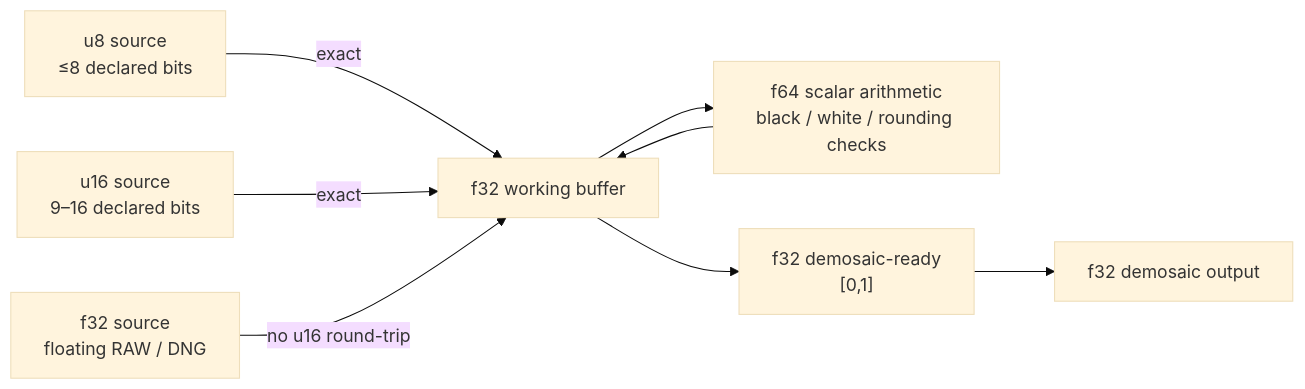
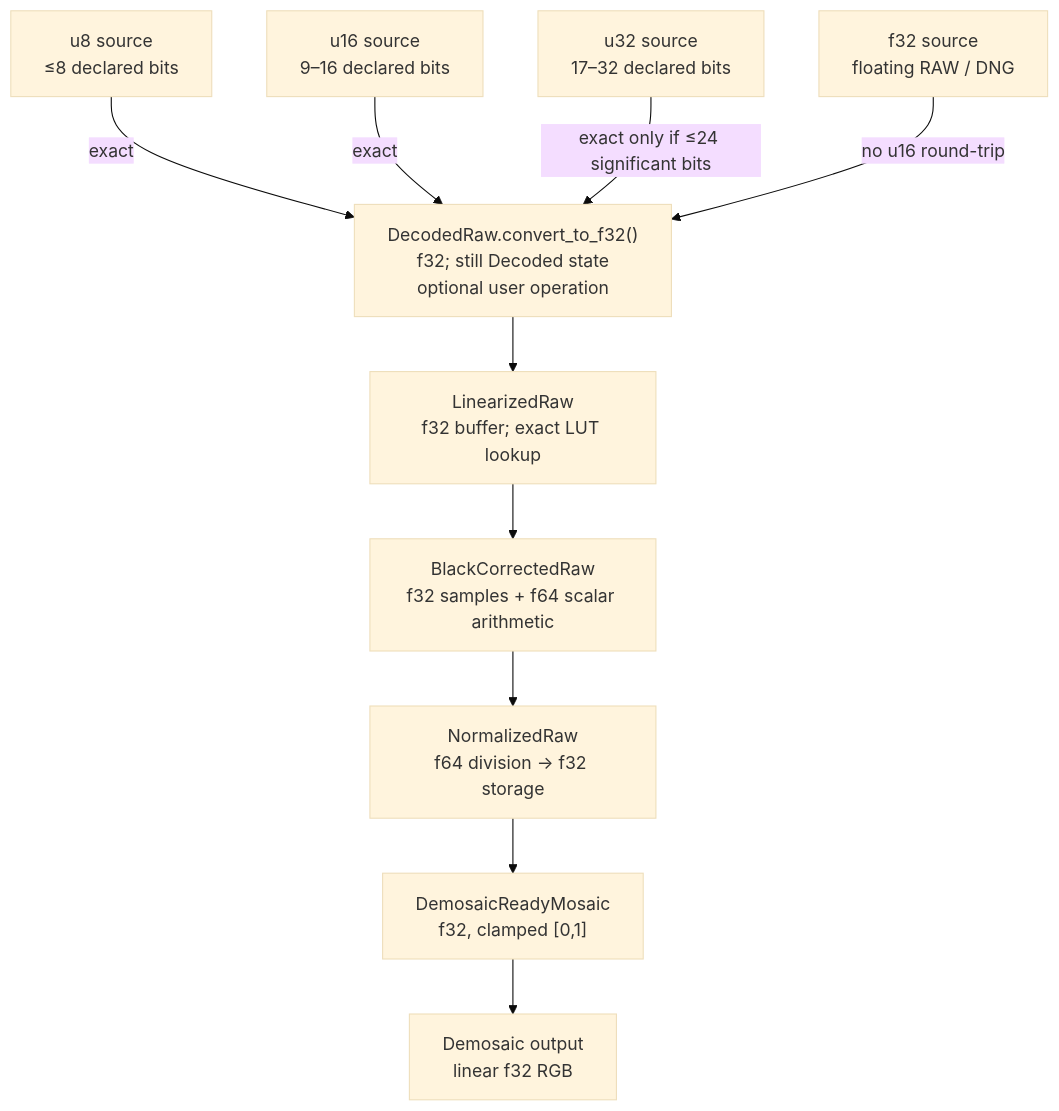
Before and after one commit to Glatzel/fornax: the diagram in docs/raw-pipeline/precision.md, drawn with Mermaid (base theme). The commit also changed other lines of this file and 3 other files, not shown here.

````diff
--- a/docs/raw-pipeline/precision.md
+++ b/docs/raw-pipeline/precision.md
@@ -12,18 +12,23 @@
 ```mermaid
-flowchart LR
+flowchart TD
     U8["u8 source\n≤8 declared bits"]
     U16["u16 source\n9–16 declared bits"]
+    U32["u32 source\n17–32 declared bits"]
     F32S["f32 source\nfloating RAW / DNG"]
-    Work["f32 working buffer"]
-    Wide["f64 scalar arithmetic\nblack / white / rounding checks"]
-    Ready["f32 demosaic-ready\n[0,1]"]
-    Demo["f32 demosaic output"]
+    Work["DecodedRaw.convert_to_f32()\nf32; still Decoded state\noptional user operation"]
+    Linear["LinearizedRaw\nf32 buffer; exact LUT lookup"]
+    Subtract["BlackCorrectedRaw\nf32 samples + f64 scalar arithmetic"]
+    Normalize["NormalizedRaw\nf64 division → f32 storage"]
+    Ready["DemosaicReadyMosaic\nf32, clamped [0,1]"]
+    Demo["Demosaic output\nlinear f32 RGB"]
 
     U8 -->|exact| Work
     U16 -->|exact| Work
+    U32 -->|"exact only if ≤24 significant bits"| Work
     F32S -->|no u16 round-trip| Work
-    Work --> Wide
-    Wide --> Work
-    Work --> Ready
+    Work --> Linear
+    Linear --> Subtract
+    Subtract --> Normalize
+    Normalize --> Ready
     Ready --> Demo
 ```
````
